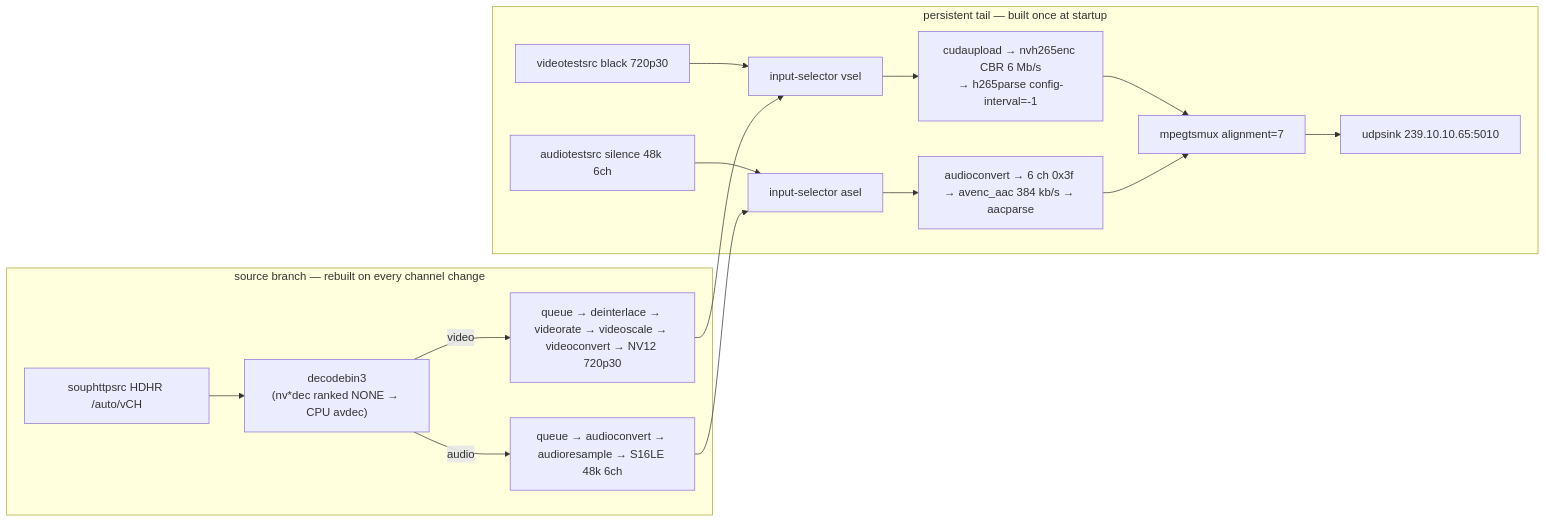
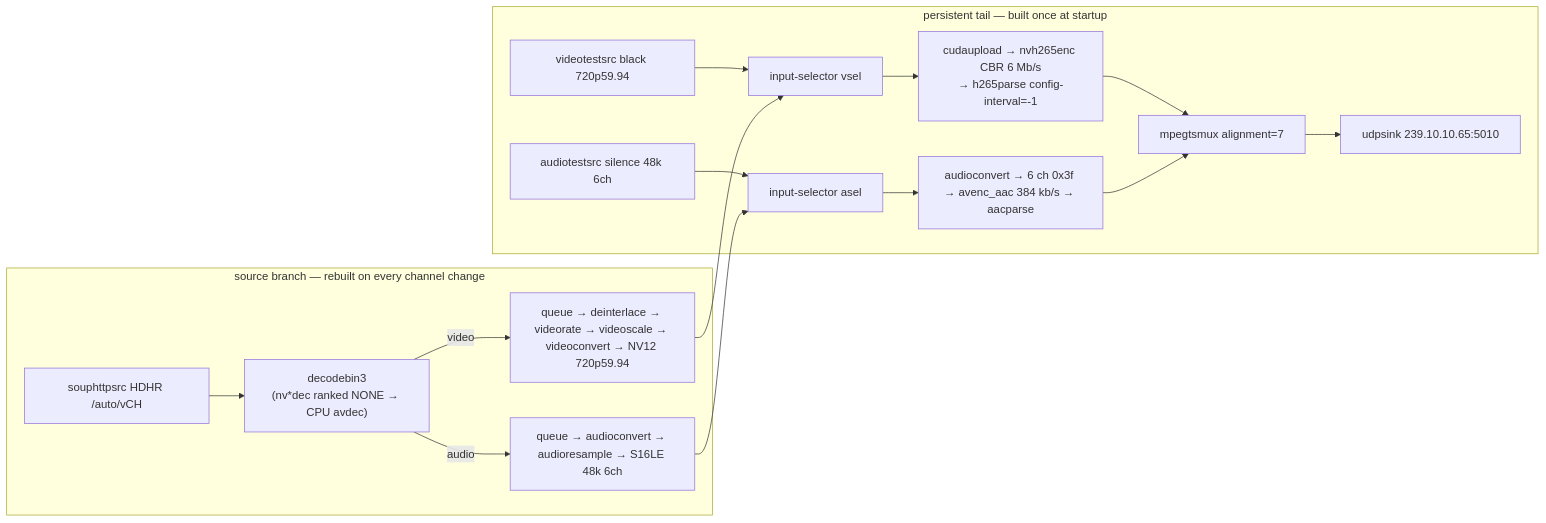
One commit to dgp1000/pi-nmos-st2110 changed the sixth of 12 diagrams in docs/ARCHITECTURE.md. Above: the diagram before and after it, drawn with Mermaid. The commit also changed other lines of this file and 2 other files, not shown here.

````diff
--- a/docs/ARCHITECTURE.md
+++ b/docs/ARCHITECTURE.md
@@ -411,17 +411,17 @@
 ```mermaid
 flowchart LR
   subgraph persistent["persistent tail — built once at startup"]
     vsel["input-selector vsel"] --> venc["cudaupload → nvh265enc CBR 6 Mb/s<br/>→ h265parse config-interval=-1"]
     asel["input-selector asel"] --> aenc["audioconvert → 6 ch 0x3f → avenc_aac 384 kb/s → aacparse"]
     venc --> mux["mpegtsmux alignment=7"]
     aenc --> mux
     mux --> udp["udpsink 239.10.10.65:5010"]
-    black["videotestsrc black 720p30"] --> vsel
+    black["videotestsrc black 720p59.94"] --> vsel
     silence["audiotestsrc silence 48k 6ch"] --> asel
   end
   subgraph source["source branch — rebuilt on every channel change"]
     soup["souphttpsrc HDHR /auto/vCH"] --> dec["decodebin3<br/>(nv*dec ranked NONE → CPU avdec)"]
-    dec -- video --> vchain["queue → deinterlace → videorate → videoscale → videoconvert → NV12 720p30"] --> vsel
+    dec -- video --> vchain["queue → deinterlace → videorate → videoscale → videoconvert → NV12 720p59.94"] --> vsel
     dec -- audio --> achain["queue → audioconvert → audioresample → S16LE 48k 6ch"] --> asel
   end
 ```
````
